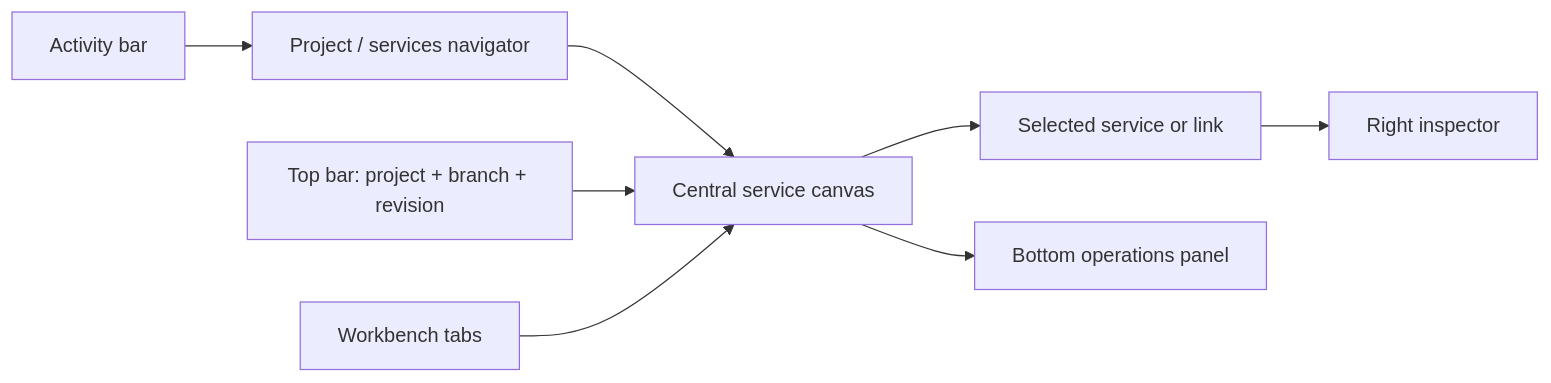
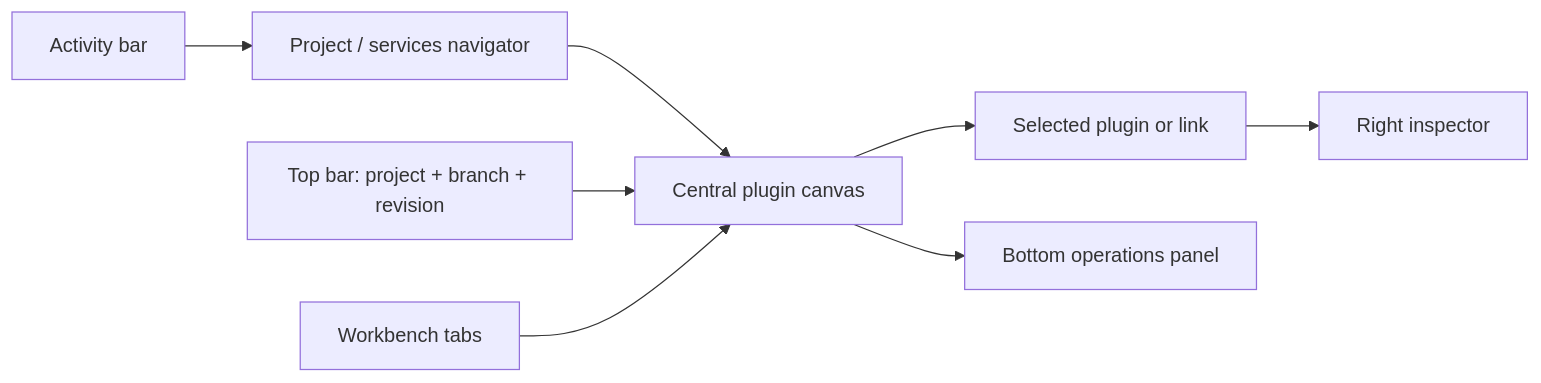
The diagram in docs/core-workspace.md (Liapoldus/studio), drawn with Mermaid before and after one commit. The commit also changed other lines of this file and 110 other files, not shown here.

````diff
--- a/docs/core-workspace.md
+++ b/docs/core-workspace.md
@@ -8,10 +8,10 @@
 ```mermaid
 flowchart LR
     A["Activity bar"] --> B["Project / services navigator"]
-    B --> C["Central service canvas"]
-    C --> D["Selected service or link"]
+    B --> C["Central plugin canvas"]
+    C --> D["Selected plugin or link"]
     D --> E["Right inspector"]
     C --> F["Bottom operations panel"]
     G["Top bar: project + branch + revision"] --> C
     H["Workbench tabs"] --> C
 ```
````
